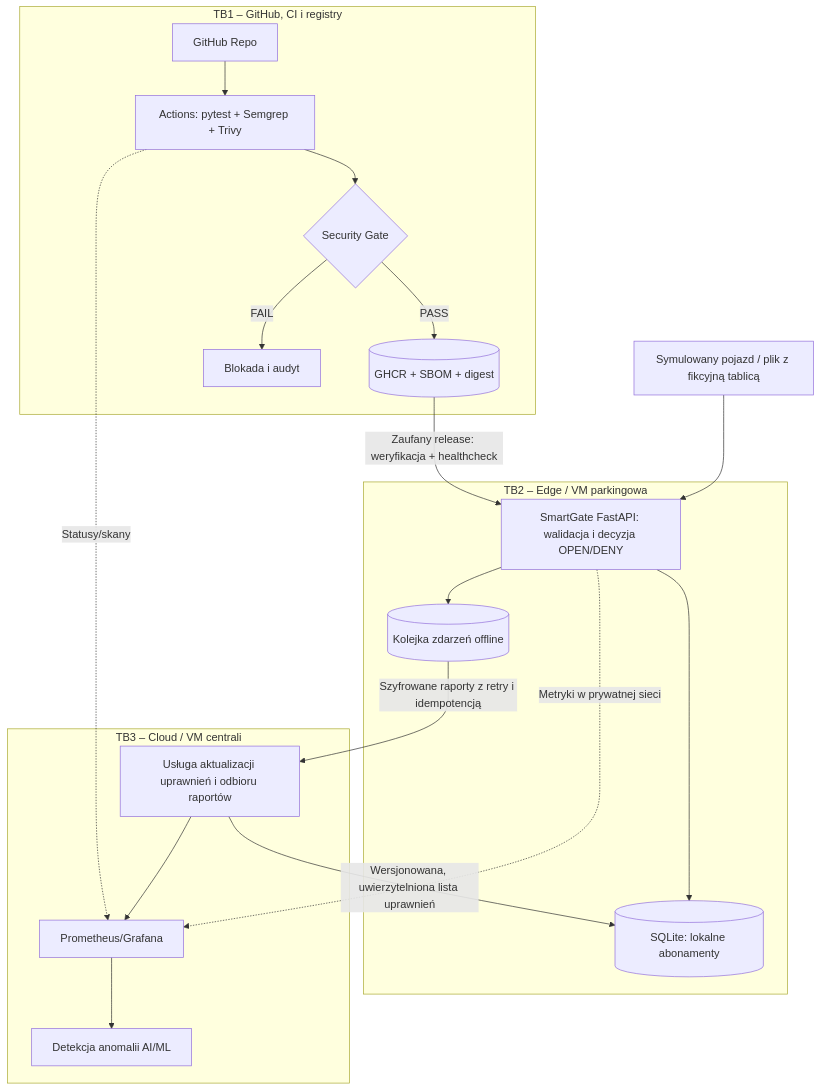
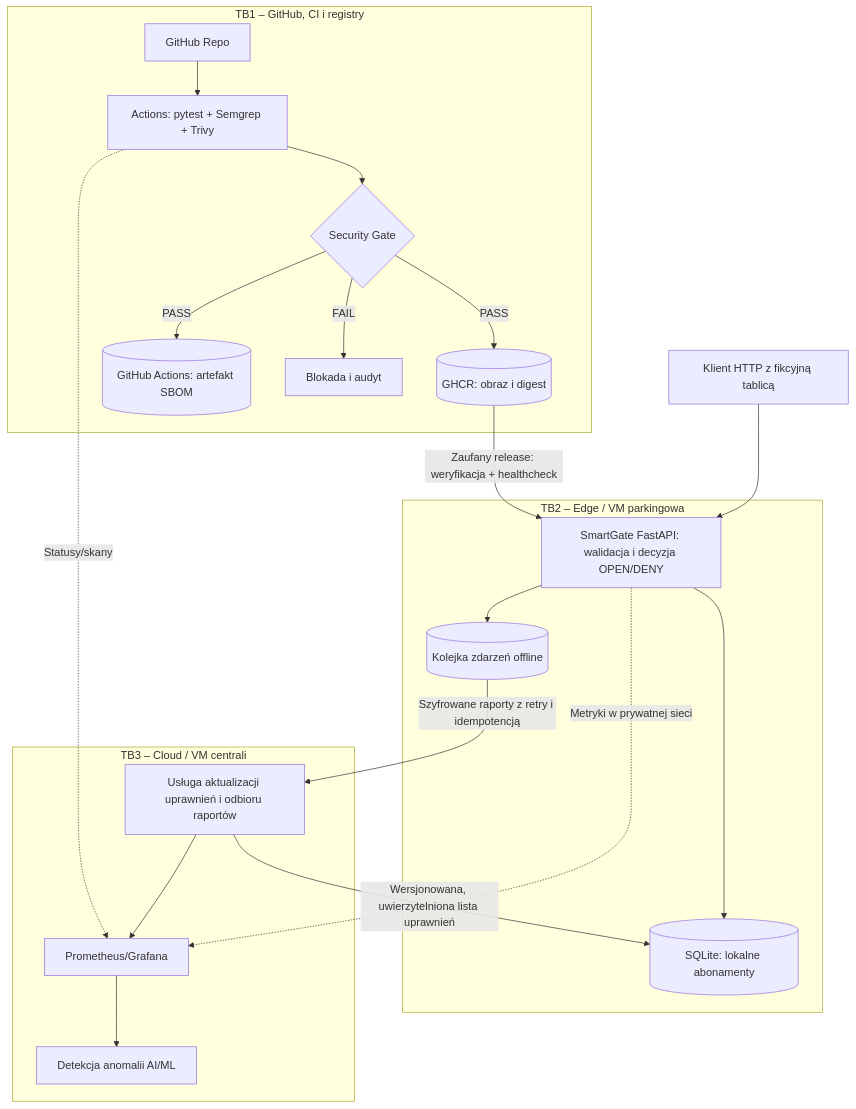
One commit to pniewrzol/-DevSecOps-Edge-Cloud-app changed the diagram in docs/M2/02-architektura.md. Above: the diagram before and after it, drawn with Mermaid. The commit also changed other lines of this file and 20 other files, not shown here.

````diff
--- a/docs/M2/02-architektura.md
+++ b/docs/M2/02-architektura.md
@@ -5,28 +5,29 @@
 ```mermaid
 flowchart TB
-  CAR["Symulowany pojazd / plik z fikcyjną tablicą"] --> API
+  CAR["Klient HTTP z fikcyjną tablicą"] --> API
   subgraph EDGE["TB2 – Edge / VM parkingowa"]
     API["SmartGate FastAPI: walidacja i decyzja OPEN/DENY"]
     DB[("SQLite: lokalne abonamenty")]
     OUT[("Kolejka zdarzeń offline")]
     API --> DB
     API --> OUT
   end
   subgraph CLOUD["TB3 – Cloud / VM centrali"]
     SYNC["Usługa aktualizacji uprawnień i odbioru raportów"]
     MET["Prometheus/Grafana"]
     ML["Detekcja anomalii AI/ML"]
     SYNC --> MET --> ML
   end
   OUT -->|"Szyfrowane raporty z retry i idempotencją"| SYNC
   SYNC -->|"Wersjonowana, uwierzytelniona lista uprawnień"| DB
   API -.->|"Metryki w prywatnej sieci"| MET
   subgraph CICD["TB1 – GitHub, CI i registry"]
     GIT["GitHub Repo"] --> CI["Actions: pytest + Semgrep + Trivy"]
     CI --> GATE{"Security Gate"}
-    GATE -->|PASS| REG[("GHCR + SBOM + digest")]
+    GATE -->|PASS| REG[("GHCR: obraz i digest")]
+    GATE -->|PASS| SBOM[("GitHub Actions: artefakt SBOM")]
     GATE -->|FAIL| STOP["Blokada i audyt"]
   end
   REG -->|"Zaufany release: weryfikacja + healthcheck"| API
   CI -.->|"Statusy/skany"| MET
 ```
````
